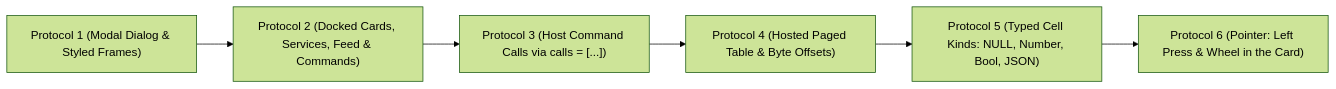
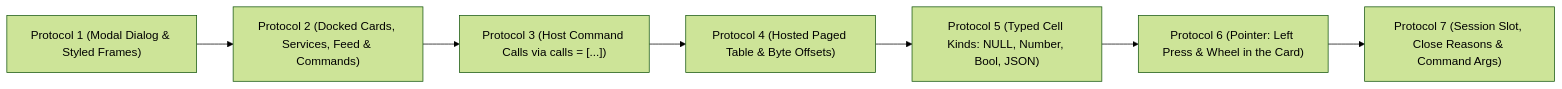
The diagram in docs/tutorials/15-plugin-architecture-and-registry/plugin-protocols.mmd (yongjohnlee80/autodoc), drawn with Mermaid (forest theme) before and after one commit. The commit also changed 25 other files, not shown here.

```diff
--- a/docs/tutorials/15-plugin-architecture-and-registry/plugin-protocols.mmd
+++ b/docs/tutorials/15-plugin-architecture-and-registry/plugin-protocols.mmd
@@ -1,6 +1,7 @@
 flowchart LR
   P1["Protocol 1 (Modal Dialog & Styled Frames)"] --> P2["Protocol 2 (Docked Cards, Services, Feed & Commands)"]
   P2 --> P3["Protocol 3 (Host Command Calls via calls = [...])"]
   P3 --> P4["Protocol 4 (Hosted Paged Table & Byte Offsets)"]
   P4 --> P5["Protocol 5 (Typed Cell Kinds: NULL, Number, Bool, JSON)"]
   P5 --> P6["Protocol 6 (Pointer: Left Press & Wheel in the Card)"]
+  P6 --> P7["Protocol 7 (Session Slot, Close Reasons & Command Args)"]
```
